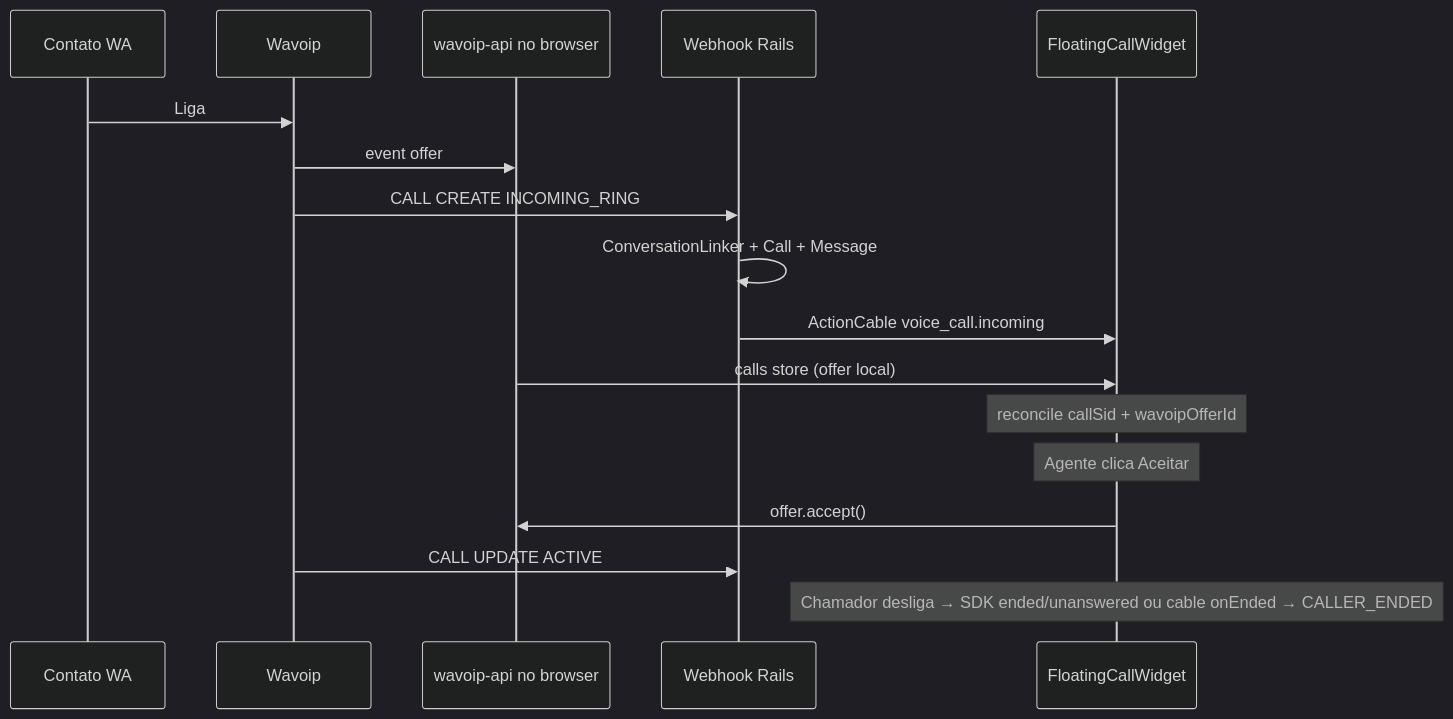
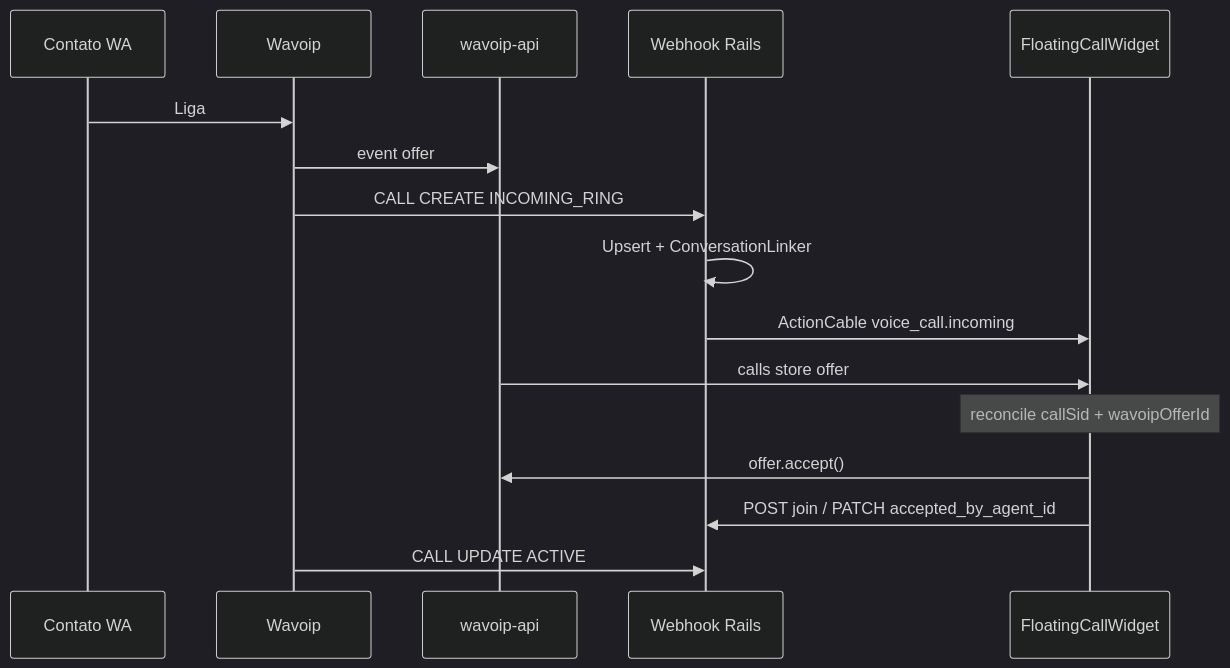
One commit to cesar-carlos/chatwoot changed the second of 3 diagrams in doc/feature/whatsapp-voice/wavoip-provider/architecture.md. Above: the diagram before and after it, drawn with Mermaid (dark theme). The commit also changed other lines of this file and 50 other files, not shown here.

````diff
--- a/doc/feature/whatsapp-voice/wavoip-provider/architecture.md
+++ b/doc/feature/whatsapp-voice/wavoip-provider/architecture.md
@@ -337,20 +304,19 @@
 ```mermaid
 sequenceDiagram
   participant C as Contato WA
   participant W as Wavoip
-  participant SDK as wavoip-api no browser
+  participant SDK as wavoip-api
   participant WH as Webhook Rails
   participant UI as FloatingCallWidget
 
   C->>W: Liga
   W->>SDK: event offer
   W->>WH: CALL CREATE INCOMING_RING
-  WH->>WH: ConversationLinker + Call + Message
+  WH->>WH: Upsert + ConversationLinker
   WH->>UI: ActionCable voice_call.incoming
-  SDK->>UI: calls store (offer local)
+  SDK->>UI: calls store offer
   Note over UI: reconcile callSid + wavoipOfferId
-  Note over UI: Agente clica Aceitar
   UI->>SDK: offer.accept()
+  UI->>WH: POST join / PATCH accepted_by_agent_id
   W->>WH: CALL UPDATE ACTIVE
-  Note over UI: Chamador desliga → SDK ended/unanswered ou cable onEnded → CALLER_ENDED
 ```
````
